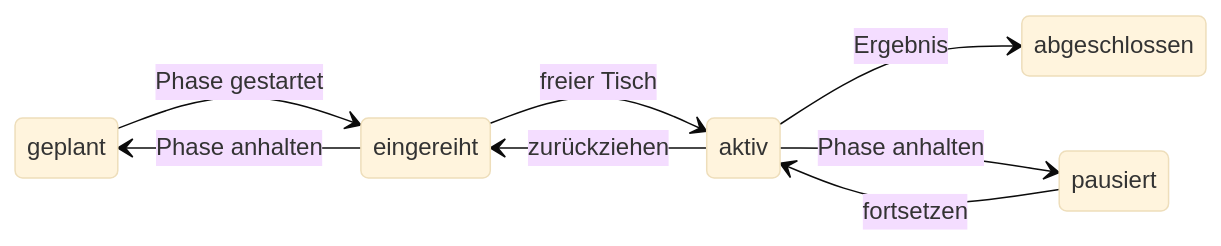
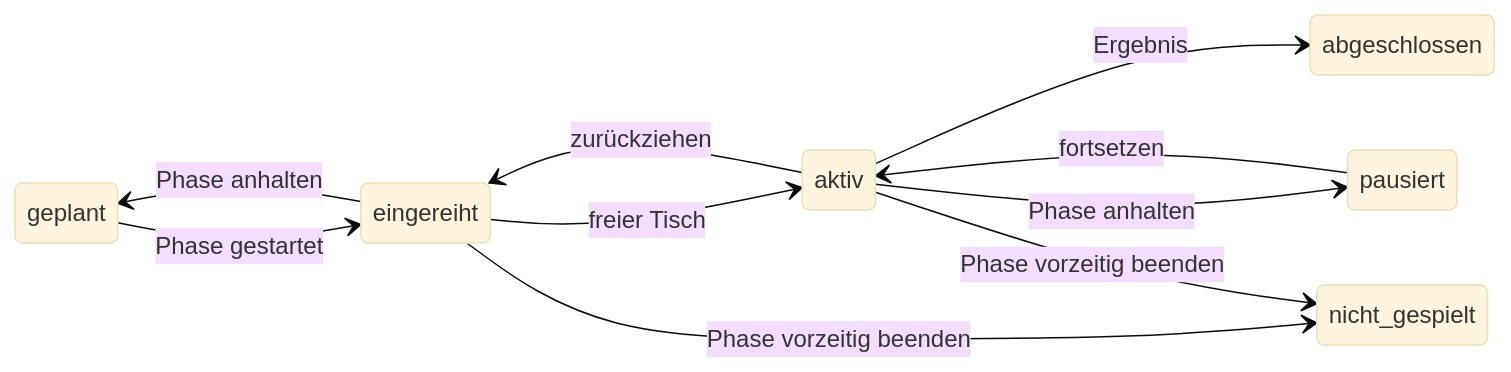
The first of 2 diagrams in docs/HTS-Dokumentation.md (Knutilon/Hamburger-Turniersoftware---HTS), drawn with Mermaid (base theme) before and after one commit. The commit also changed other lines of this file and 114 other files, not shown here.

````diff
--- a/docs/HTS-Dokumentation.md
+++ b/docs/HTS-Dokumentation.md
@@ -306,11 +368,13 @@
 ```mermaid
 stateDiagram-v2
     direction LR
     geplant --> eingereiht: Phase gestartet
     eingereiht --> aktiv: freier Tisch
     aktiv --> abgeschlossen: Ergebnis
     eingereiht --> geplant: Phase anhalten
     aktiv --> eingereiht: zurückziehen
     aktiv --> pausiert: Phase anhalten
     pausiert --> aktiv: fortsetzen
+    eingereiht --> nicht_gespielt: Phase vorzeitig beenden
+    aktiv --> nicht_gespielt: Phase vorzeitig beenden
 ```
````
